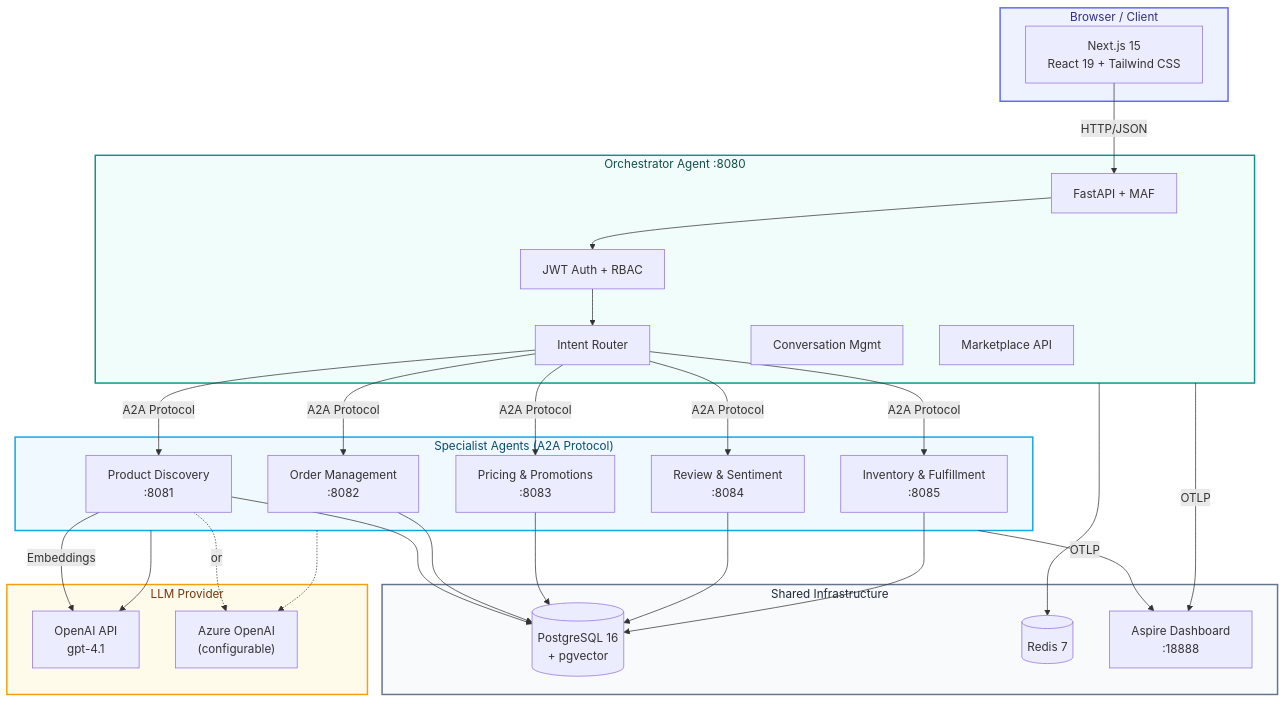
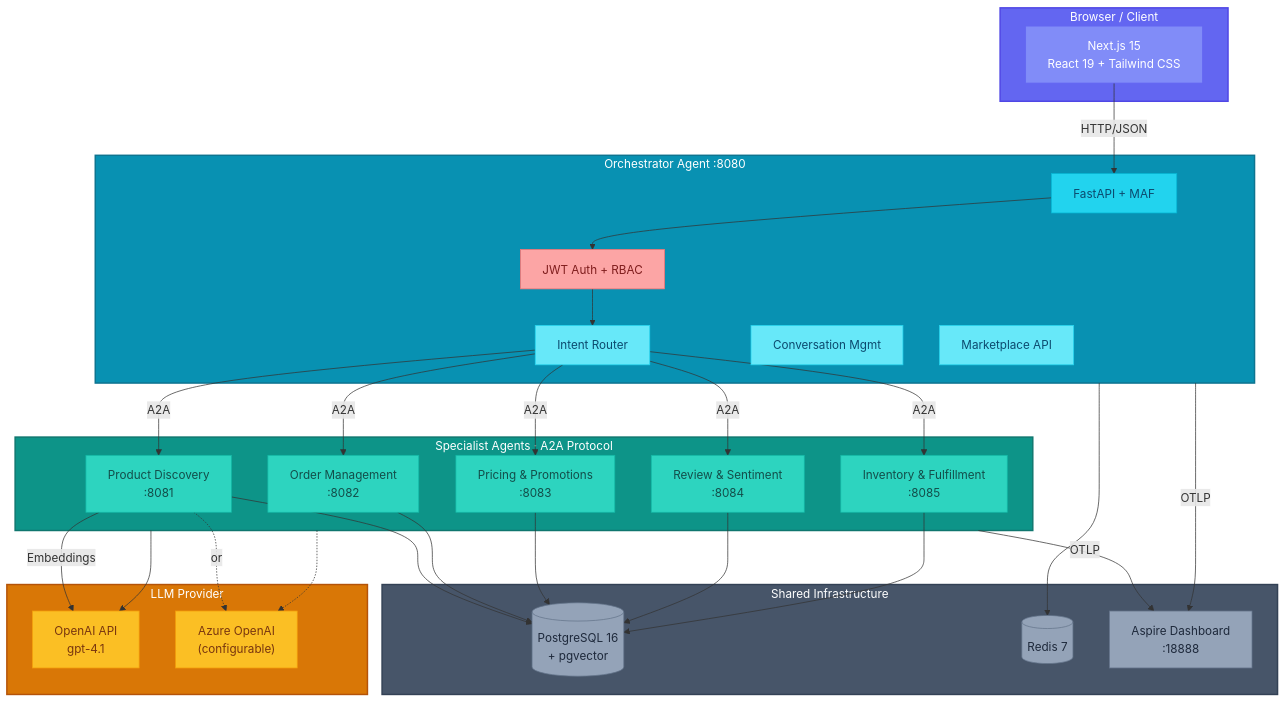
Before and after one commit to nitin27may/e-commerce-agents: the diagram in README.md, drawn with Mermaid. The commit also changed other lines of this file and 2 other files, not shown here.

Commit message:
feat: enhance architecture documentation with Mermaid diagram and system architecture image

````diff
--- a/README.md
+++ b/README.md
@@ -16,12 +21,10 @@
 ```mermaid
 graph TB
     subgraph Client["Browser / Client"]
-        style Client fill:#eef2ff,stroke:#6366f1,stroke-width:2px,color:#312e81
         FE["Next.js 15<br/>React 19 + Tailwind CSS"]
     end
 
     subgraph Orchestrator["Orchestrator Agent :8080"]
-        style Orchestrator fill:#f0fdfa,stroke:#0d9488,stroke-width:2px,color:#134e4a
         FA["FastAPI + MAF"]
         AUTH["JWT Auth + RBAC"]
         ROUTER["Intent Router"]
@@ -29,24 +32,21 @@
         MKT["Marketplace API"]
     end
 
-    subgraph Specialists["Specialist Agents (A2A Protocol)"]
-        style Specialists fill:#f0f9ff,stroke:#0ea5e9,stroke-width:2px,color:#0c4a6e
+    subgraph Specialists["Specialist Agents · A2A Protocol"]
         PD["Product Discovery<br/>:8081"]
         OM["Order Management<br/>:8082"]
-        PP["Pricing & Promotions<br/>:8083"]
-        RS["Review & Sentiment<br/>:8084"]
-        IF["Inventory & Fulfillment<br/>:8085"]
+        PP["Pricing &amp; Promotions<br/>:8083"]
+        RS["Review &amp; Sentiment<br/>:8084"]
+        IF["Inventory &amp; Fulfillment<br/>:8085"]
     end
 
     subgraph Infrastructure["Shared Infrastructure"]
-        style Infrastructure fill:#f8fafc,stroke:#64748b,stroke-width:2px,color:#1e293b
         PG[("PostgreSQL 16<br/>+ pgvector")]
         RD[("Redis 7")]
         ASP["Aspire Dashboard<br/>:18888"]
     end
 
     subgraph LLM["LLM Provider"]
-        style LLM fill:#fffbeb,stroke:#f59e0b,stroke-width:2px,color:#78350f
         OAI["OpenAI API<br/>gpt-4.1"]
         AZ["Azure OpenAI<br/>(configurable)"]
     end
@@ -54,11 +54,11 @@
     FE -->|"HTTP/JSON"| FA
     FA --> AUTH
     AUTH --> ROUTER
-    ROUTER -->|"A2A Protocol"| PD
-    ROUTER -->|"A2A Protocol"| OM
-    ROUTER -->|"A2A Protocol"| PP
-    ROUTER -->|"A2A Protocol"| RS
-    ROUTER -->|"A2A Protocol"| IF
+    ROUTER -->|"A2A"| PD
+    ROUTER -->|"A2A"| OM
+    ROUTER -->|"A2A"| PP
+    ROUTER -->|"A2A"| RS
+    ROUTER -->|"A2A"| IF
 
     PD --> PG
     OM --> PG
@@ -74,4 +74,30 @@
     Orchestrator -->|"OTLP"| ASP
     Specialists --> OAI
     Specialists -.-> AZ
+
+    style Client fill:#6366f1,stroke:#4f46e5,stroke-width:2px,color:#fff
+    style FE fill:#818cf8,stroke:#6366f1,color:#fff
+
+    style Orchestrator fill:#0891b2,stroke:#0e7490,stroke-width:2px,color:#fff
+    style FA fill:#22d3ee,stroke:#06b6d4,color:#0c4a6e
+    style AUTH fill:#fca5a5,stroke:#f87171,color:#7f1d1d
+    style ROUTER fill:#67e8f9,stroke:#22d3ee,color:#0c4a6e
+    style CONV fill:#67e8f9,stroke:#22d3ee,color:#0c4a6e
+    style MKT fill:#67e8f9,stroke:#22d3ee,color:#0c4a6e
+
+    style Specialists fill:#0d9488,stroke:#0f766e,stroke-width:2px,color:#fff
+    style PD fill:#2dd4bf,stroke:#14b8a6,color:#134e4a
+    style OM fill:#2dd4bf,stroke:#14b8a6,color:#134e4a
+    style PP fill:#2dd4bf,stroke:#14b8a6,color:#134e4a
+    style RS fill:#2dd4bf,stroke:#14b8a6,color:#134e4a
+    style IF fill:#2dd4bf,stroke:#14b8a6,color:#134e4a
+
+    style Infrastructure fill:#475569,stroke:#334155,stroke-width:2px,color:#fff
+    style PG fill:#94a3b8,stroke:#64748b,color:#1e293b
+    style RD fill:#94a3b8,stroke:#64748b,color:#1e293b
+    style ASP fill:#94a3b8,stroke:#64748b,color:#1e293b
+
+    style LLM fill:#d97706,stroke:#b45309,stroke-width:2px,color:#fff
+    style OAI fill:#fbbf24,stroke:#f59e0b,color:#78350f
+    style AZ fill:#fbbf24,stroke:#f59e0b,color:#78350f
 ```
````
